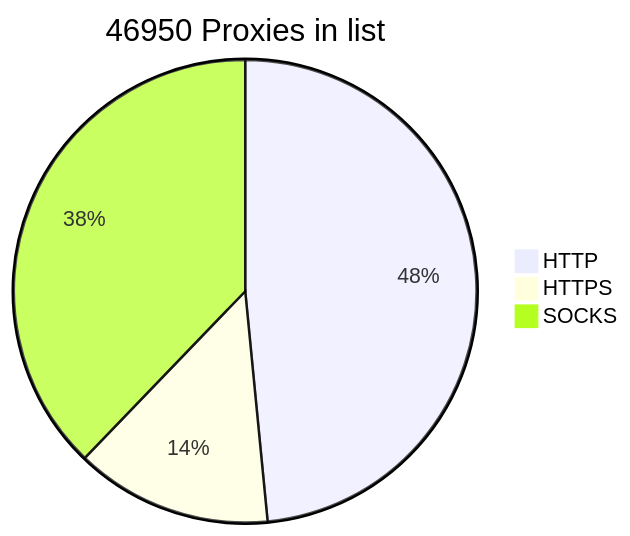
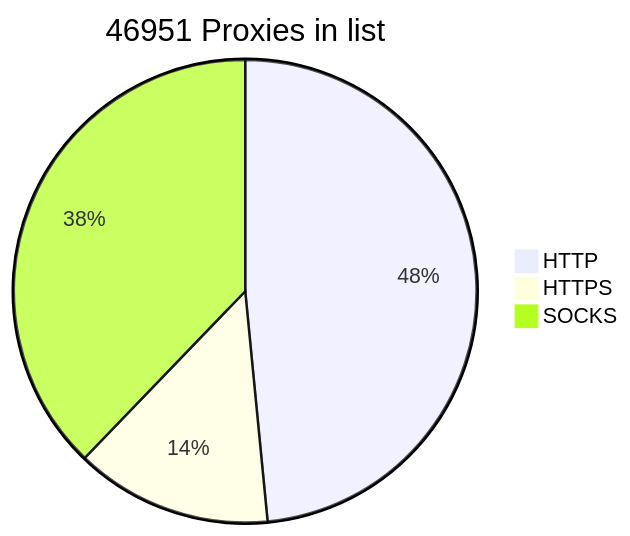
Before and after one commit to BlackSnowDot/proxylist-update-every-minute: the diagram in README.md, drawn with Mermaid.

````diff
--- a/README.md
+++ b/README.md
@@ -2,6 +2,6 @@
 ```mermaid
-pie title 46950 Proxies in list
-    "HTTP" : 25386
-    "HTTPS": 7198
+pie title 46951 Proxies in list
+    "HTTP" : 25387
+    "HTTPS": 7199
     "SOCKS" : 19805
 ```
````
